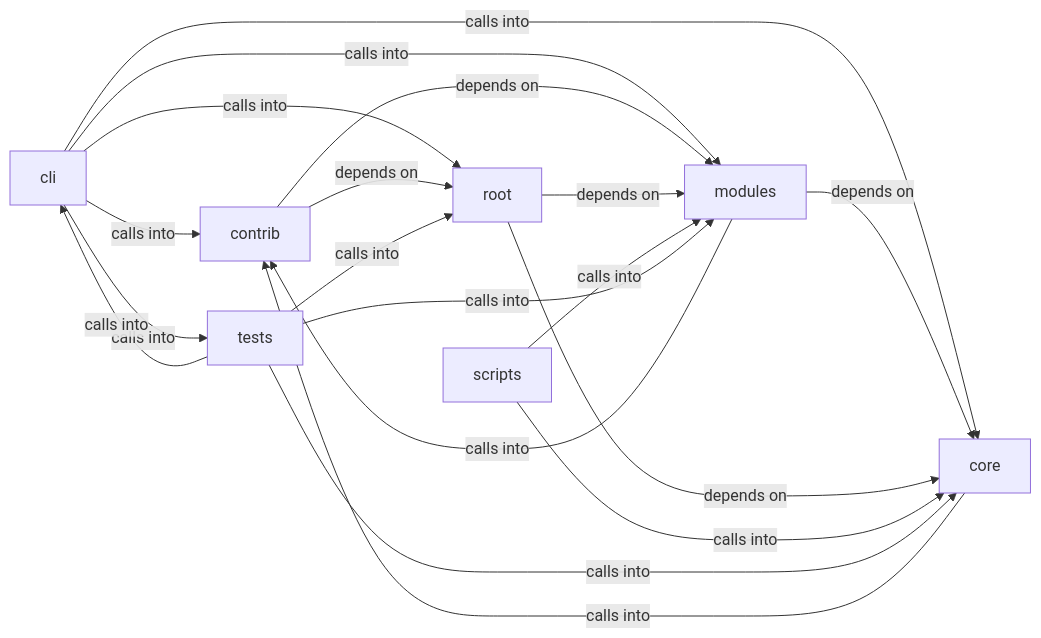
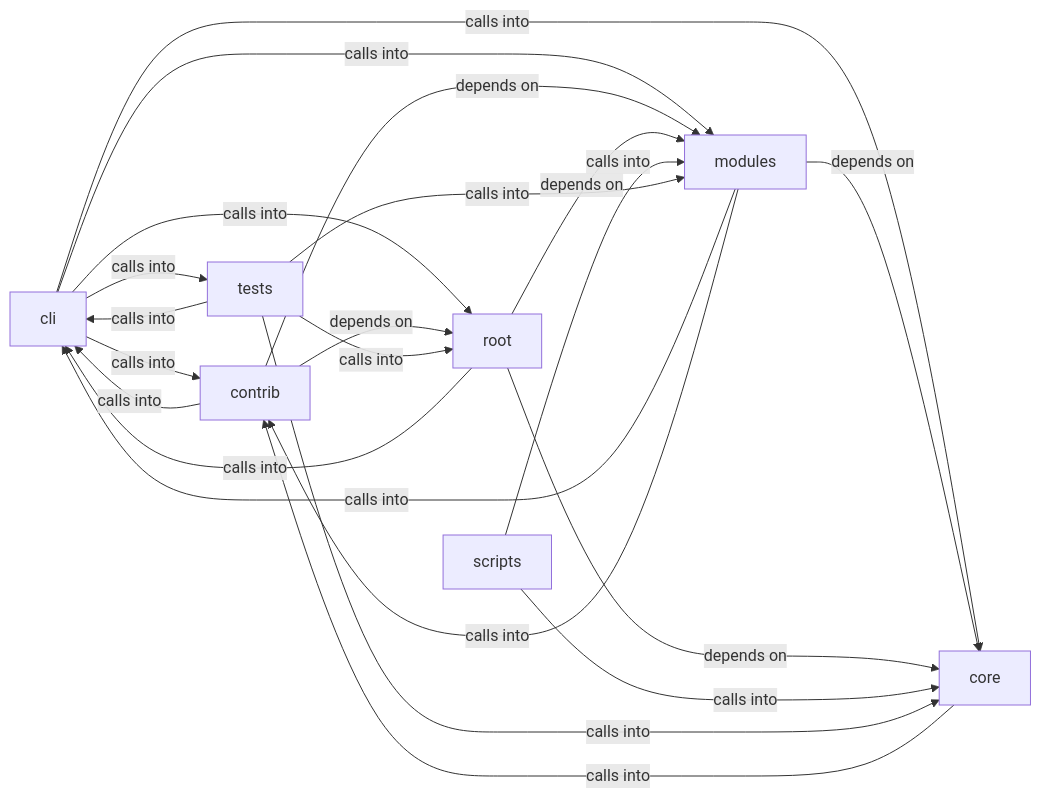
The diagram in readmenator-diagrams/cli_commands.md (grisuno/LazyOwn), drawn with Mermaid before and after one commit. The commit also changed other lines of this file and 216 other files, not shown here.

First line of the commit message:
feat: intel graph svg report appendix, hint fingerprint dedup, lab-only default scope guard, lazykerninc addon for cve-2026-40369

````diff
--- a/readmenator-diagrams/cli_commands.md
+++ b/readmenator-diagrams/cli_commands.md
@@ -5,28 +5,31 @@
 ```mermaid
 graph LR
     cli["cli"]
     contrib["contrib"]
     core["core"]
     modules["modules"]
     root["root"]
     scripts["scripts"]
     tests["tests"]
     cli -- "calls into" --> contrib
     cli -- "calls into" --> core
     cli -- "calls into" --> modules
     cli -- "calls into" --> root
     cli -- "calls into" --> tests
+    contrib -- "calls into" --> cli
     contrib -- "depends on" --> modules
     contrib -- "depends on" --> root
     core -- "calls into" --> contrib
+    modules -- "calls into" --> cli
     modules -- "calls into" --> contrib
     modules -- "depends on" --> core
+    root -- "calls into" --> cli
     root -- "depends on" --> core
     root -- "depends on" --> modules
     scripts -- "calls into" --> core
     scripts -- "calls into" --> modules
     tests -- "calls into" --> cli
     tests -- "calls into" --> core
     tests -- "calls into" --> modules
     tests -- "calls into" --> root
 ```
````
